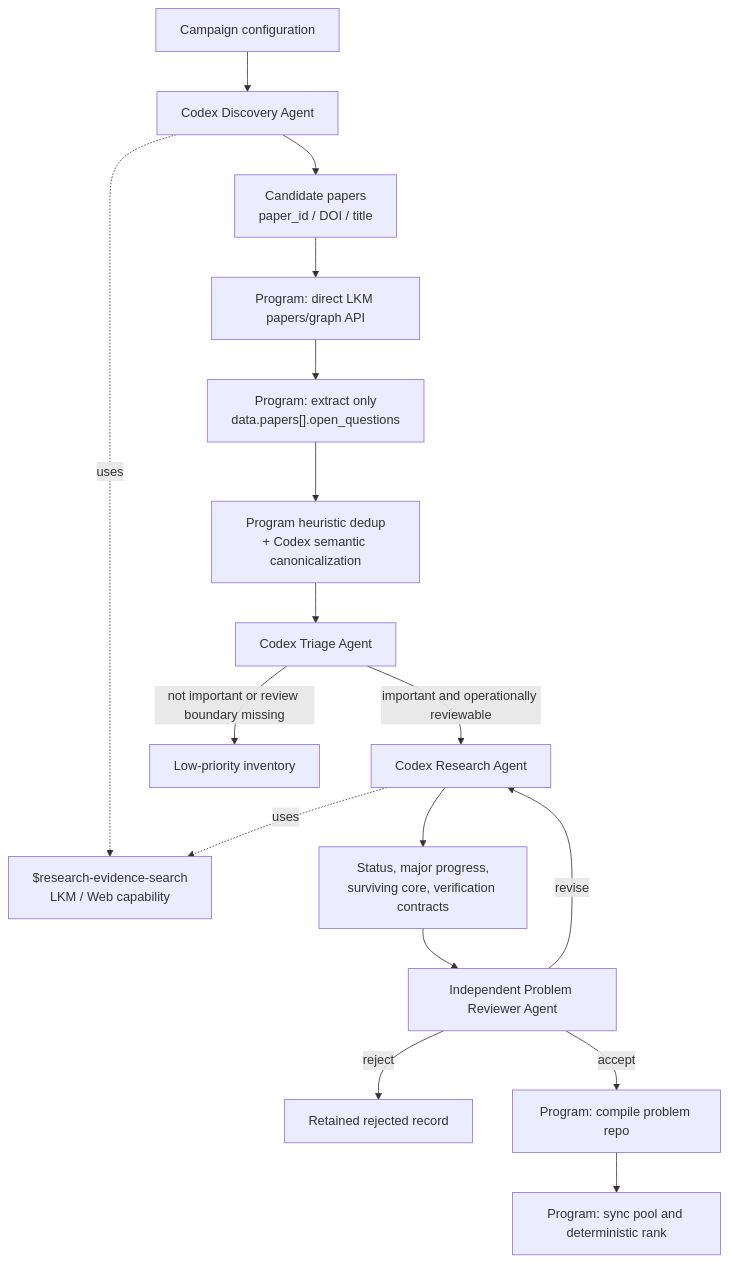
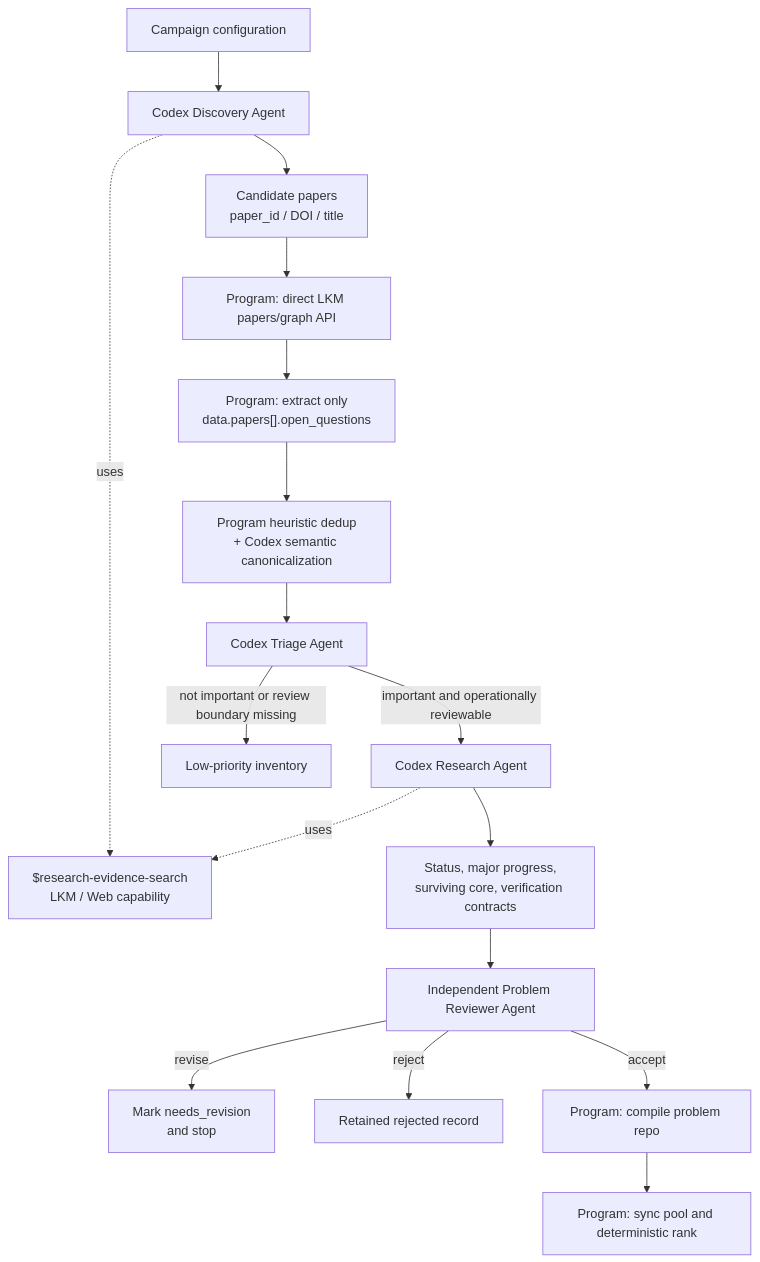
Before and after one commit to kunyuan/open-research-discovery: the diagram in docs/discovery-pipeline.md, drawn with Mermaid. The commit also changed other lines of this file and 14 other files, not shown here.

Commit message:
Harden discovery campaign review flow

````diff
--- a/docs/discovery-pipeline.md
+++ b/docs/discovery-pipeline.md
@@ -8,19 +8,19 @@
 ```mermaid
 flowchart TD
     C["Campaign configuration"] --> D["Codex Discovery Agent"]
     D -. "uses" .-> S["$research-evidence-search<br/>LKM / Web capability"]
     D --> P["Candidate papers<br/>paper_id / DOI / title"]
     P --> A["Program: direct LKM papers/graph API"]
     A --> O["Program: extract only<br/>data.papers[].open_questions"]
     O --> H["Program heuristic dedup<br/>+ Codex semantic canonicalization"]
     H --> T["Codex Triage Agent"]
     T -->|"not important or review boundary missing"| L["Low-priority inventory"]
     T -->|"important and operationally reviewable"| R["Codex Research Agent"]
     R -. "uses" .-> S
     R --> E["Status, major progress,<br/>surviving core, verification contracts"]
     E --> V["Independent Problem Reviewer Agent"]
-    V -->|"revise"| R
+    V -->|"revise"| N["Mark needs_revision<br/>and stop"]
     V -->|"reject"| X["Retained rejected record"]
     V -->|"accept"| G["Program: compile problem repo"]
     G --> Y["Program: sync pool and deterministic rank"]
 ```
````
